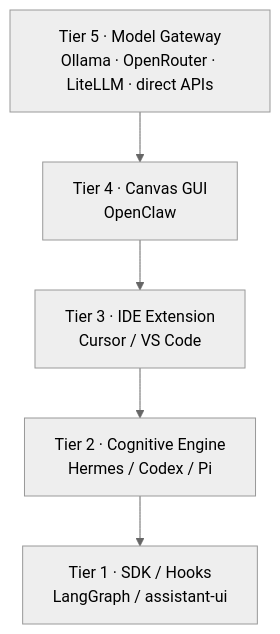
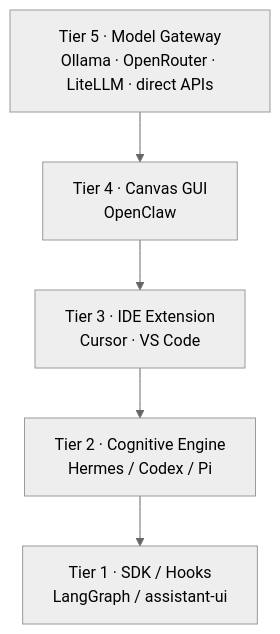
Before and after one commit to mrgizmo212/make-no-mistakes: the diagram in README.md, drawn with Mermaid (neutral theme). The commit also changed other lines of this file and 10 other files, not shown here.

````diff
--- a/README.md
+++ b/README.md
@@ -68,9 +68,9 @@
 ```mermaid
 flowchart TB
   T5["Tier 5 · Model Gateway<br/>Ollama · OpenRouter · LiteLLM · direct APIs"]
   T4["Tier 4 · Canvas GUI<br/>OpenClaw"]
-  T3["Tier 3 · IDE Extension<br/>Cursor / VS Code"]
+  T3["Tier 3 · IDE Extension<br/>Cursor · VS Code"]
   T2["Tier 2 · Cognitive Engine<br/>Hermes / Codex / Pi"]
   T1["Tier 1 · SDK / Hooks<br/>LangGraph / assistant-ui"]
   T5 --> T4 --> T3 --> T2 --> T1
 ```
````
